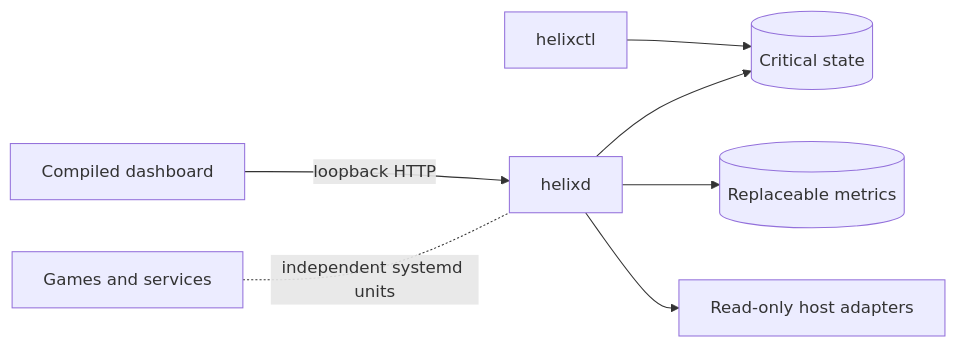
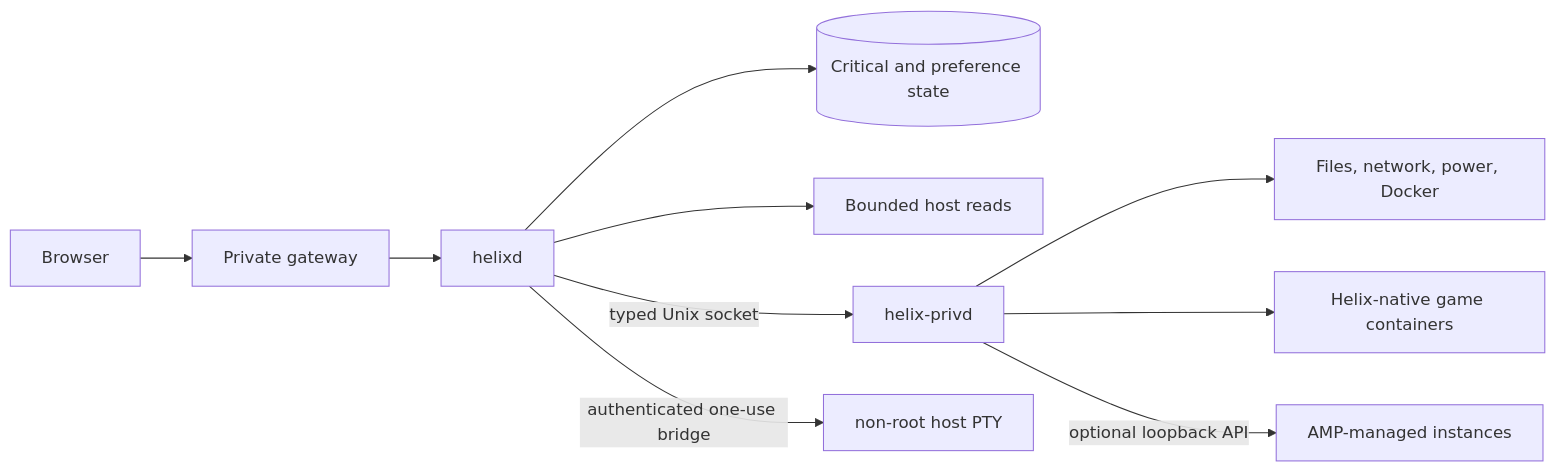
The diagram in docs/wiki/Architecture.md (Riqqqque/Helix), drawn with Mermaid before and after one commit. The commit also changed other lines of this file and 191 other files, not shown here.

Commit message:
Build out private-alpha host and server management

````diff
--- a/docs/wiki/Architecture.md
+++ b/docs/wiki/Architecture.md
@@ -6,9 +6,12 @@
 ```mermaid
 flowchart LR
-  Browser[Compiled dashboard] -->|loopback HTTP| D[helixd]
-  CLI[helixctl] --> S[(Critical state)]
-  D --> S
-  D --> M[(Replaceable metrics)]
-  D --> H[Read-only host adapters]
-  W[Games and services] -. independent systemd units .- D
+  Browser[Browser] --> Gateway[Private gateway]
+  Gateway --> D[helixd]
+  D --> State[(Critical and preference state)]
+  D --> System[Bounded host reads]
+  D -->|typed Unix socket| P[helix-privd]
+  D -->|authenticated one-use bridge| T[non-root host PTY]
+  P --> Host[Files, network, power, Docker]
+  P --> Native[Helix-native game containers]
+  P -->|optional loopback API| AMP[AMP-managed instances]
 ```
````
